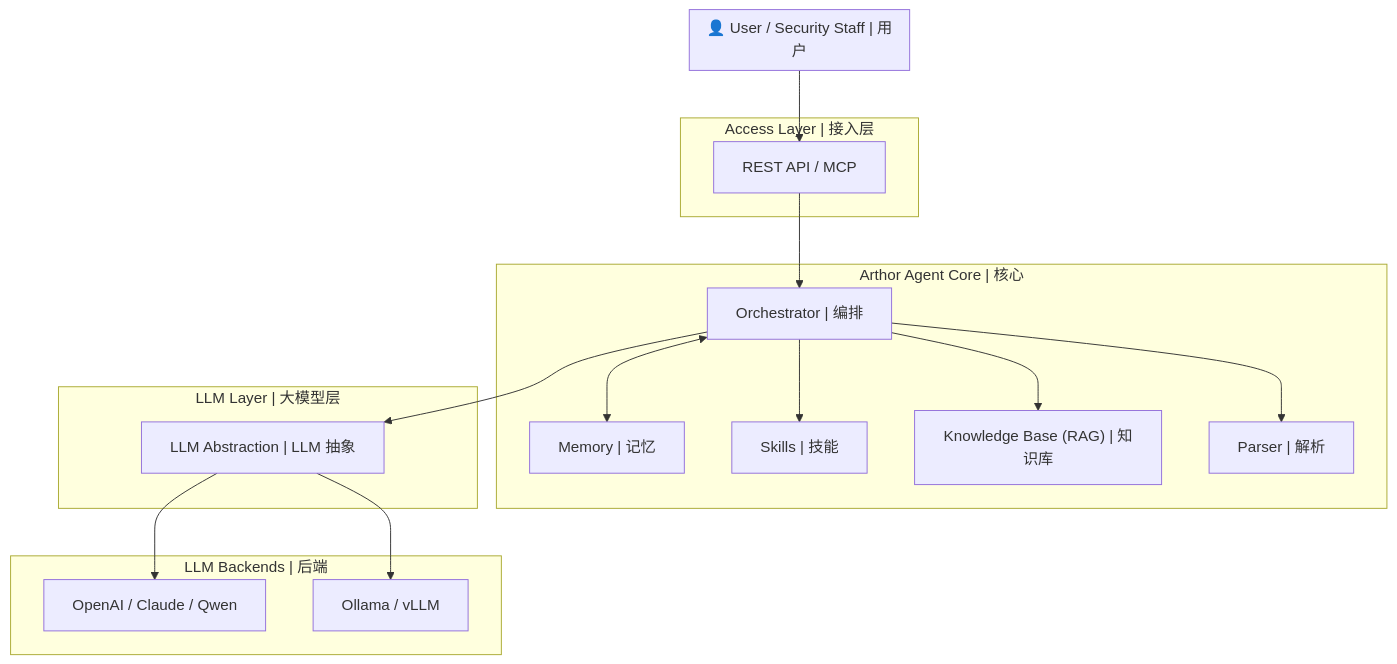
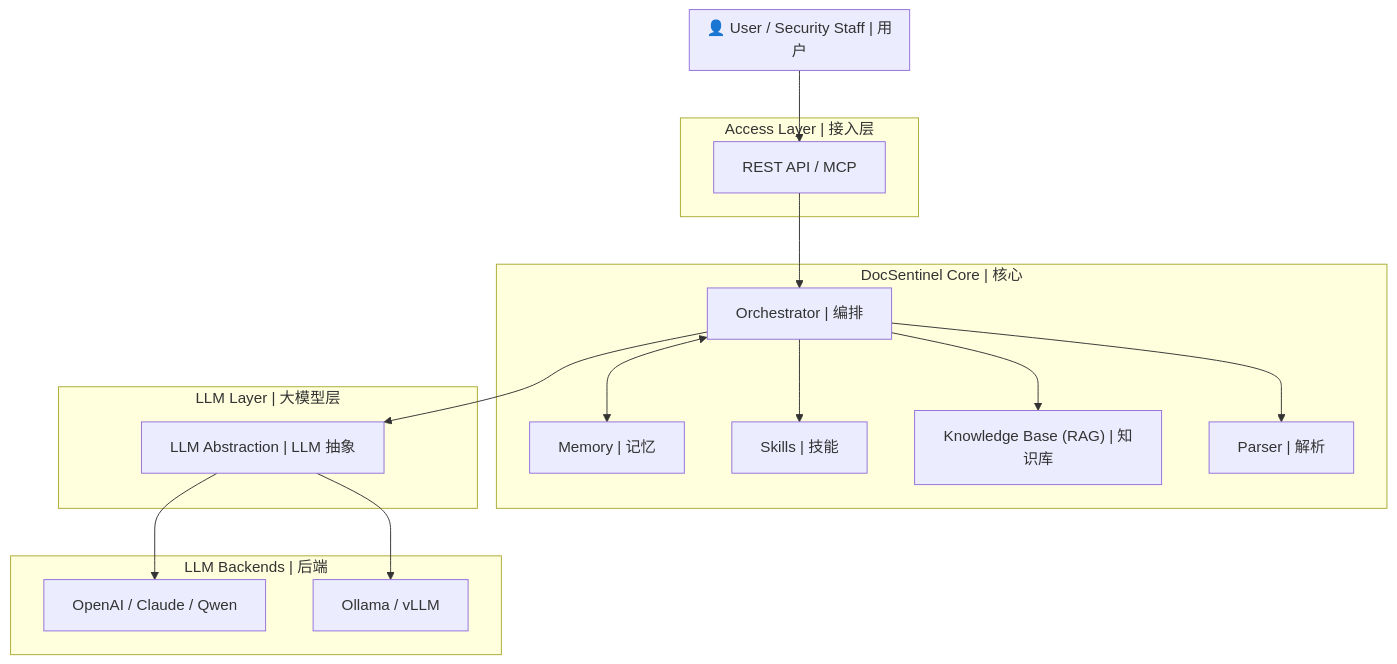
One commit to arthurpanhku/Arthor-Agent changed the diagram in README_zh.md. Above: the diagram before and after it, drawn with Mermaid. The commit also changed other lines of this file and 57 other files, not shown here.

````diff
--- a/README_zh.md
+++ b/README_zh.md
@@ -65,32 +65,32 @@
 ```mermaid
 flowchart TB
     subgraph User["👤 User / Security Staff | 用户"]
     end
     subgraph Access["Access Layer | 接入层"]
         API["REST API / MCP"]
     end
-    subgraph Core["Arthor Agent Core | 核心"]
+    subgraph Core["DocSentinel Core | 核心"]
         Orch["Orchestrator | 编排"]
         Mem["Memory | 记忆"]
         Skill["Skills | 技能"]
         KB["Knowledge Base (RAG) | 知识库"]
         Parser["Parser | 解析"]
     end
     subgraph LLM["LLM Layer | 大模型层"]
         Abst["LLM Abstraction | LLM 抽象"]
     end
     subgraph Backends["LLM Backends | 后端"]
         Cloud["OpenAI / Claude / Qwen"]
         Local["Ollama / vLLM"]
     end
 
     User --> API
     API --> Orch
     Orch <--> Mem
     Orch --> Skill
     Orch --> KB
     Orch --> Parser
     Orch --> Abst
     Abst --> Cloud
     Abst --> Local
 ```
````
